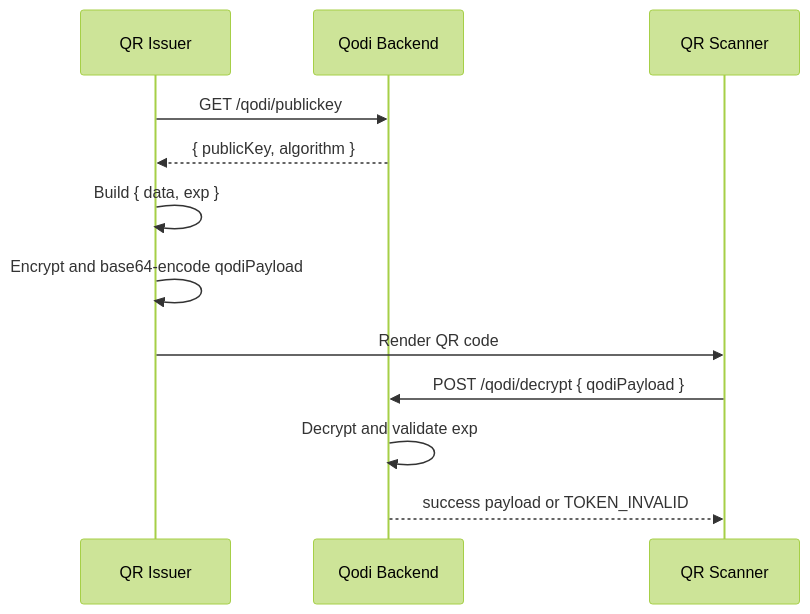
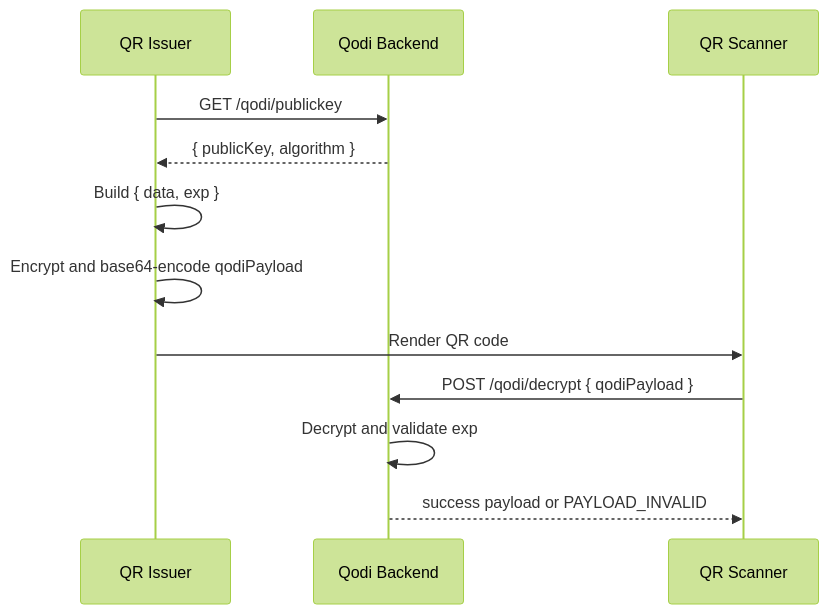
Before and after one commit to GiganticPlayground/qodi: the diagram in README.md, drawn with Mermaid (forest theme). The commit also changed other lines of this file and 4 other files, not shown here.

Commit message:
Rename TOKEN_INVALID to PAYLOAD_INVALID Avoids ambiguity with the bearer auth token used for authentication. Updates the service, OpenAPI spec, generated types, and all docs.

````diff
--- a/README.md
+++ b/README.md
@@ -46,15 +46,15 @@
 ```mermaid
 sequenceDiagram
     participant Issuer as QR Issuer
     participant Qodi as Qodi Backend
     participant Scanner as QR Scanner
 
     Issuer->>Qodi: GET /qodi/publickey
     Qodi-->>Issuer: { publicKey, algorithm }
     Issuer->>Issuer: Build { data, exp }
     Issuer->>Issuer: Encrypt and base64-encode qodiPayload
     Issuer->>Scanner: Render QR code
     Scanner->>Qodi: POST /qodi/decrypt { qodiPayload }
     Qodi->>Qodi: Decrypt and validate exp
-    Qodi-->>Scanner: success payload or TOKEN_INVALID
+    Qodi-->>Scanner: success payload or PAYLOAD_INVALID
 ```
````
